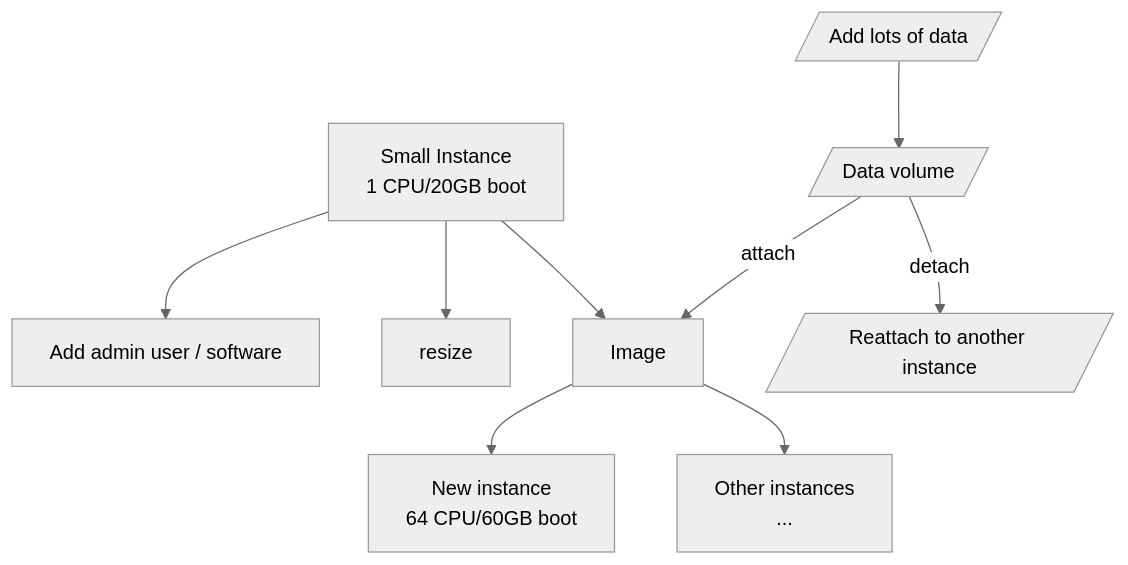
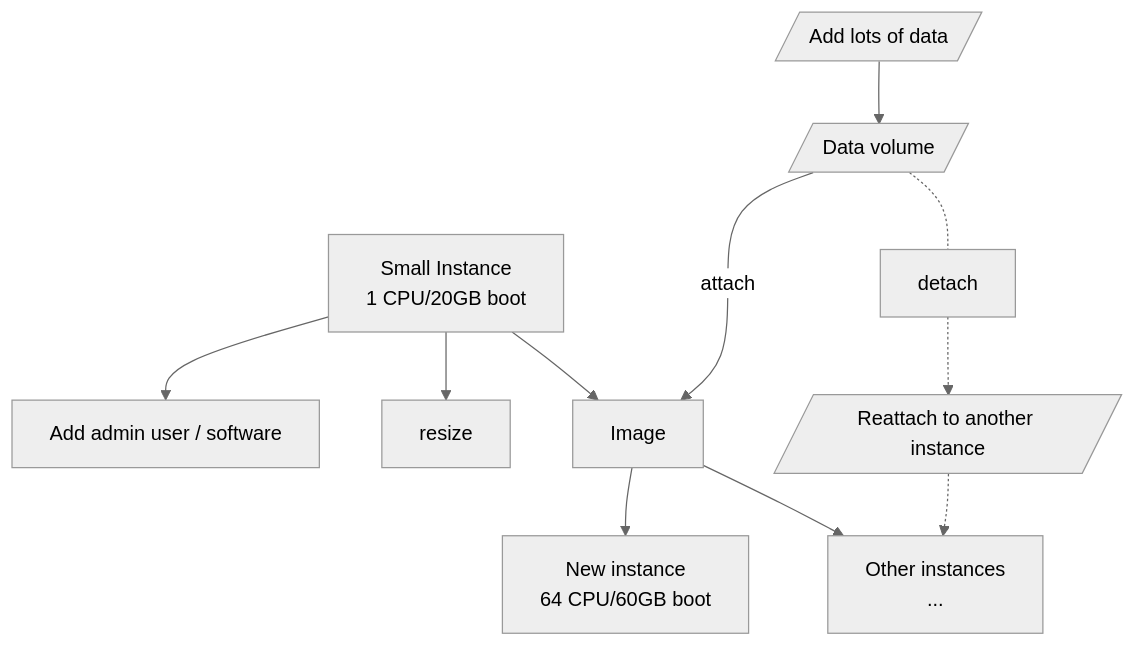
The diagram in getting-started.md (AntibodyEngineers/2024-Antibodies-and-AI), drawn with Mermaid (neutral theme) before and after one commit.

````diff
--- a/getting-started.md
+++ b/getting-started.md
@@ -8,11 +8,11 @@
 ```mermaid
     flowchart TD
     
     A[Small Instance<br/>1 CPU/20GB boot] --> B[Add admin user / software]
     A --> I[resize]
     A --> C[Image] --> D[New instance<br/>64 CPU/60GB boot]
     E[/Data volume/]
     E -- attach --> C
     C --> H[Other instances<br/>...]
-    F[/Add lots of data/] --> E -- detach --> G[/Reattach to another instance/]
+    F[/Add lots of data/] --> E -.- detach -.-> G[/Reattach to another instance/] -.-> H
 ```
````
